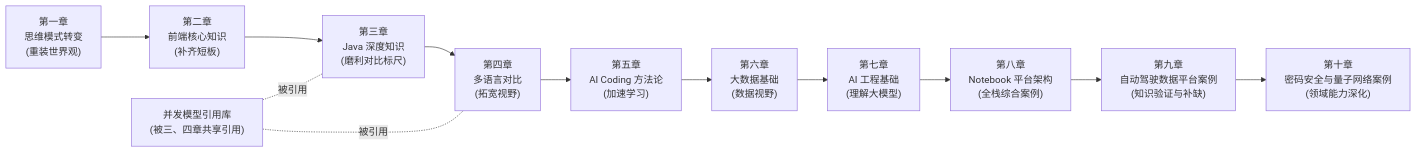
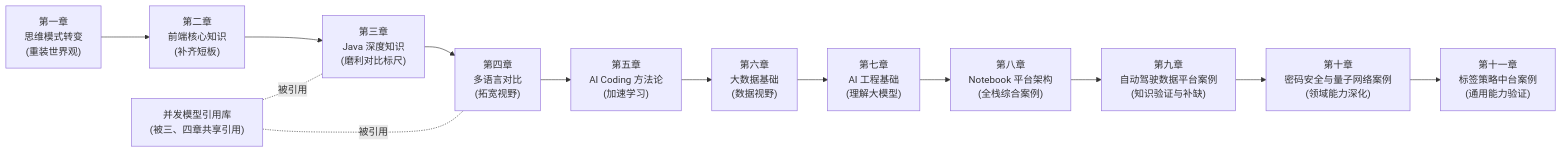
Before and after one commit to LiPingjiang/Full-Stack-Knowledge-Book: the diagram in README.md, drawn with Mermaid. The commit also changed other lines of this file, not shown here.

````diff
--- a/README.md
+++ b/README.md
@@ -33,14 +33,15 @@
 ```mermaid
 flowchart LR
     C1["第一章<br/>思维模式转变<br/>(重装世界观)"] --> C2["第二章<br/>前端核心知识<br/>(补齐短板)"]
     C2 --> C3["第三章<br/>Java 深度知识<br/>(磨利对比标尺)"]
     C3 --> C4["第四章<br/>多语言对比<br/>(拓宽视野)"]
     C4 --> C5["第五章<br/>AI Coding 方法论<br/>(加速学习)"]
     C5 --> C6["第六章<br/>大数据基础<br/>(数据视野)"]
     C6 --> C7["第七章<br/>AI 工程基础<br/>(理解大模型)"]
     C7 --> C8["第八章<br/>Notebook 平台架构<br/>(全栈综合案例)"]
     C8 --> C9["第九章<br/>自动驾驶数据平台案例<br/>(知识验证与补缺)"]
     C9 --> C10["第十章<br/>密码安全与量子网络案例<br/>(领域能力深化)"]
+    C10 --> C11["第十一章<br/>标签策略中台案例<br/>(通用能力验证)"]
     REF["并发模型引用库<br/>(被三、四章共享引用)"] -.被引用.- C3
     REF -.被引用.- C4
 ```
````
